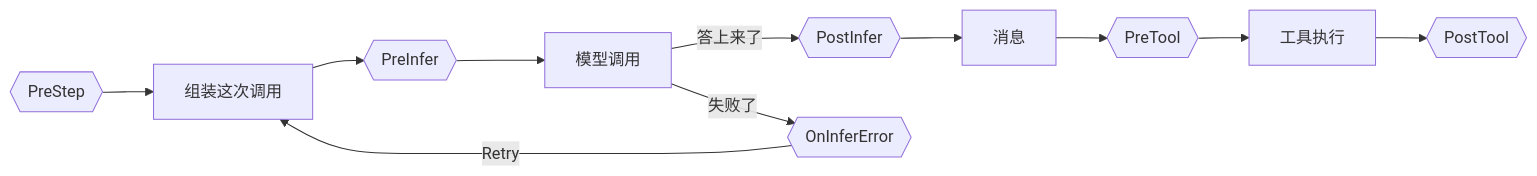
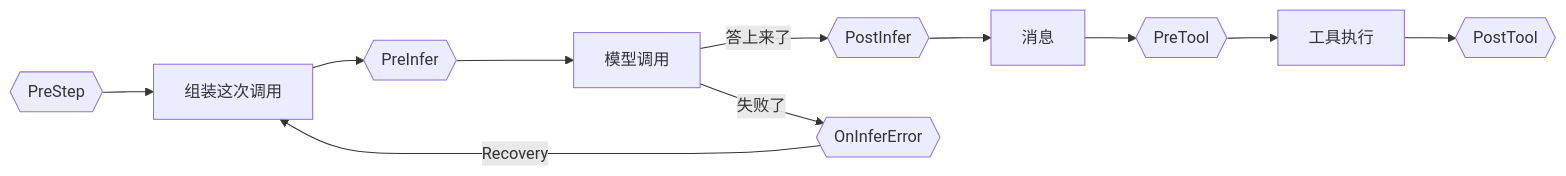
One commit to genai-io/sdk-go changed the fourth of 4 diagrams in docs/agent.zh-CN.md. Above: the diagram before and after it, drawn with Mermaid. The commit also changed other lines of this file and 121 other files, not shown here.

````diff
--- a/docs/agent.zh-CN.md
+++ b/docs/agent.zh-CN.md
@@ -211,12 +205,12 @@
 ```mermaid
 flowchart LR
     Z{{PreStep}} --> A[组装这次调用] --> B{{PreInfer}}
     B --> C[模型调用]
     C -->|答上来了| D{{PostInfer}}
     C -->|失败了| X{{OnInferError}}
-    X -->|Retry| A
+    X -->|Recovery| A
     D --> E[消息]
     E --> F{{PreTool}}
     F --> G[工具执行]
     G --> H{{PostTool}}
 ```
````
